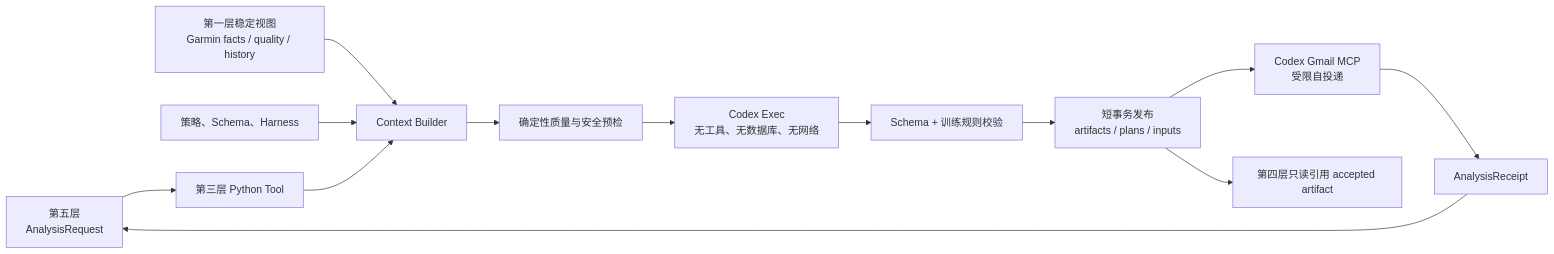
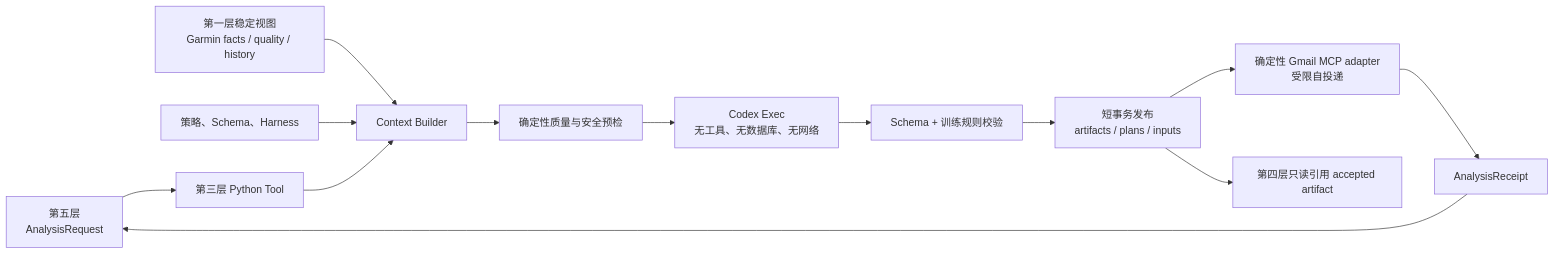
One commit to wyizhou/TrainLab changed the diagram in docs/layers/03-data-analysis.md. Above: the diagram before and after it, drawn with Mermaid. The commit also changed other lines of this file and 26 other files, not shown here.

````diff
--- a/docs/layers/03-data-analysis.md
+++ b/docs/layers/03-data-analysis.md
@@ -420,15 +436,15 @@
 ```mermaid
 flowchart LR
     O["第五层<br/>AnalysisRequest"] --> T["第三层 Python Tool"]
     D["第一层稳定视图<br/>Garmin facts / quality / history"] --> C["Context Builder"]
     P["策略、Schema、Harness"] --> C
     T --> C
     C --> Q["确定性质量与安全预检"]
     Q --> X["Codex Exec<br/>无工具、无数据库、无网络"]
     X --> V["Schema + 训练规则校验"]
     V --> S["短事务发布<br/>artifacts / plans / inputs"]
-    S --> G["Codex Gmail MCP<br/>受限自投递"]
+    S --> G["确定性 Gmail MCP adapter<br/>受限自投递"]
     G --> R["AnalysisReceipt"]
     R --> O
     S --> M["第四层只读引用 accepted artifact"]
 ```
````
